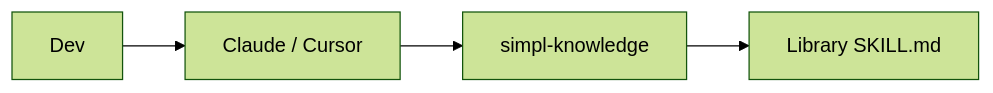
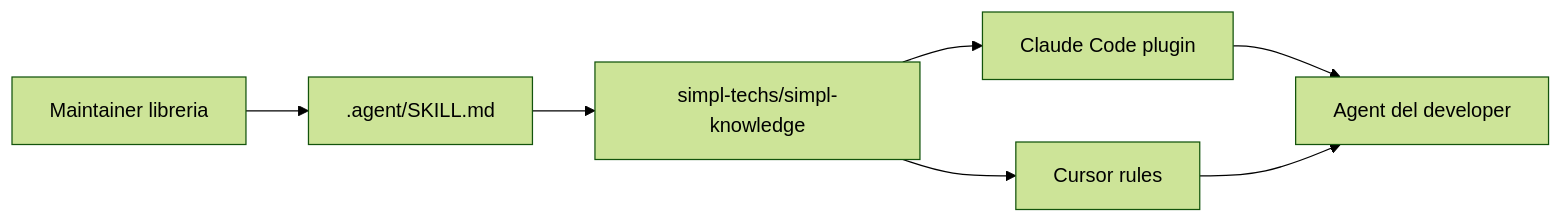
The diagram in docs/human/QUICKSTART.md (simpl-techs/simpl_knowledge), drawn with Mermaid (forest theme) before and after one commit. The commit also changed other lines of this file and 32 other files, not shown here.

````diff
--- a/docs/human/QUICKSTART.md
+++ b/docs/human/QUICKSTART.md
@@ -3,6 +5,9 @@
 ```mermaid
 flowchart LR
-  dev[Dev] --> cc[Claude / Cursor]
-  cc --> sk[simpl-knowledge]
-  sk --> lib[Library SKILL.md]
+  maintainer[Maintainer libreria] --> skill[".agent/SKILL.md"]
+  skill --> hub[simpl-techs/simpl-knowledge]
+  hub --> claude[Claude Code plugin]
+  hub --> cursor[Cursor rules]
+  claude --> dev[Agent del developer]
+  cursor --> dev
 ```
````
